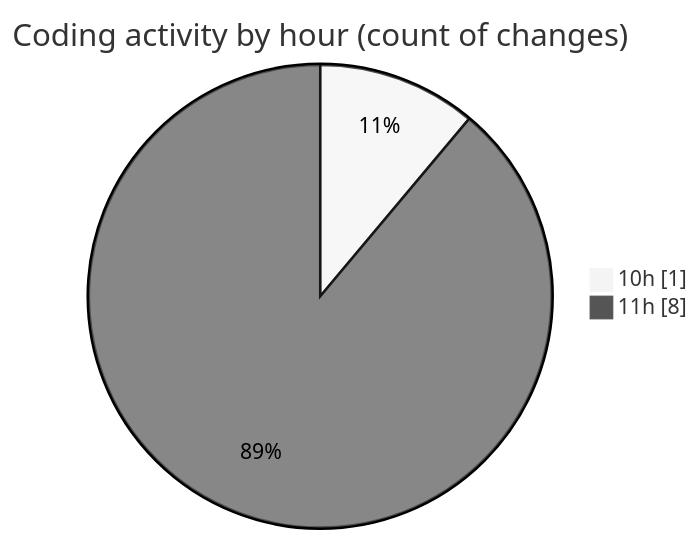
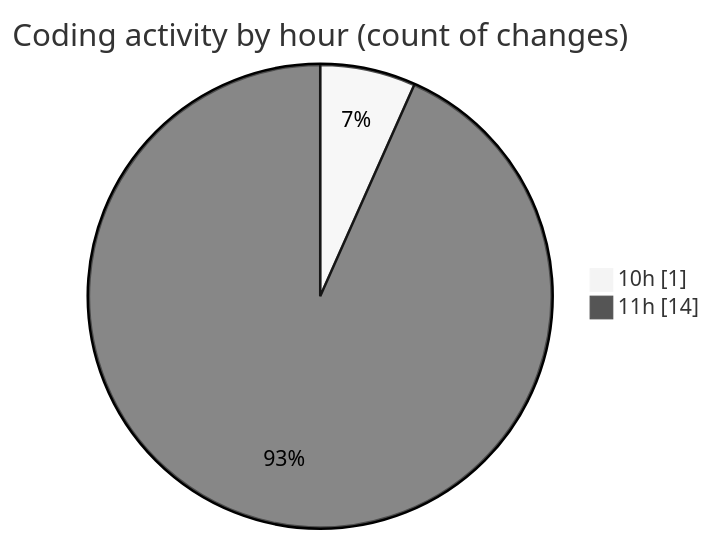
The second of 2 diagrams in 2026-03-30/nxtqube_webapp/README.md (nxtqubesakshisongat/code-tracking), drawn with Mermaid (neutral theme) before and after one commit. The commit also changed other lines of this file and 1 other file, not shown here.

````diff
--- a/2026-03-30/nxtqube_webapp/README.md
+++ b/2026-03-30/nxtqube_webapp/README.md
@@ -29,6 +29,6 @@
 ```mermaid
 pie showData
 title Coding activity by hour (count of changes)
 "10h" : 1
-"11h" : 8
+"11h" : 14
 ```
````
